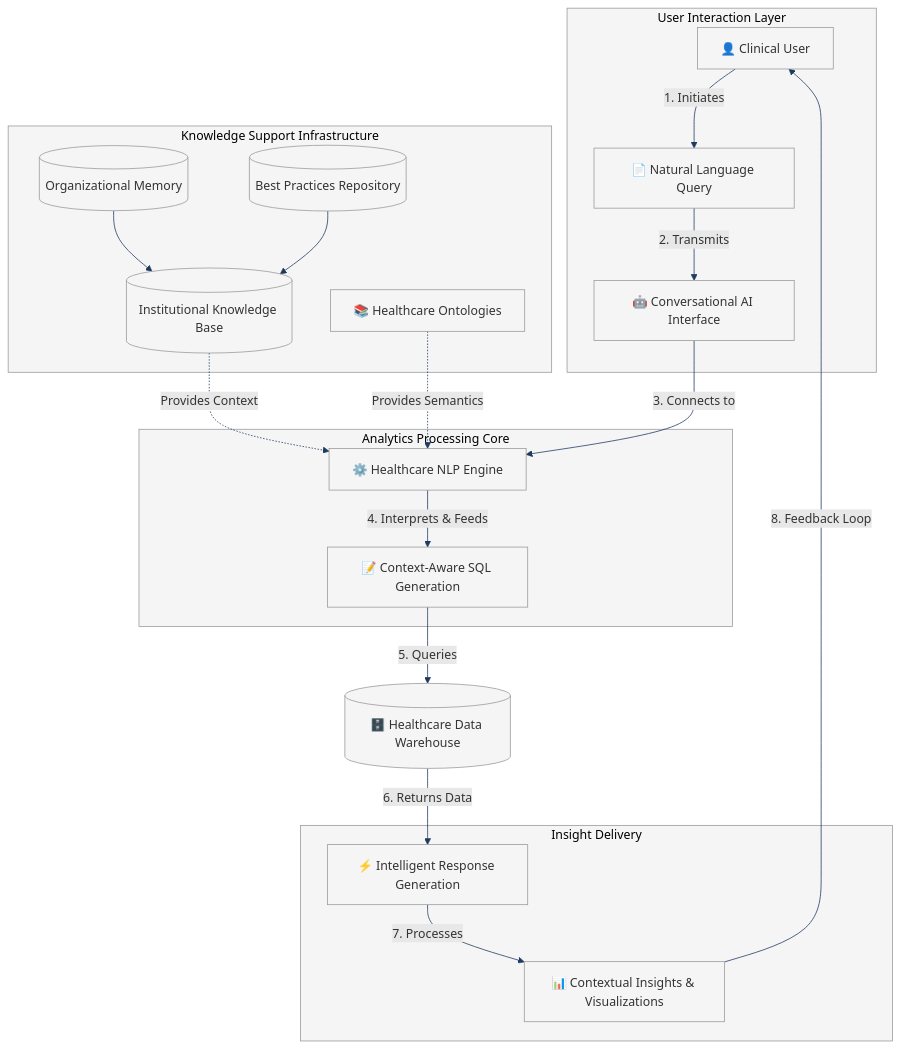
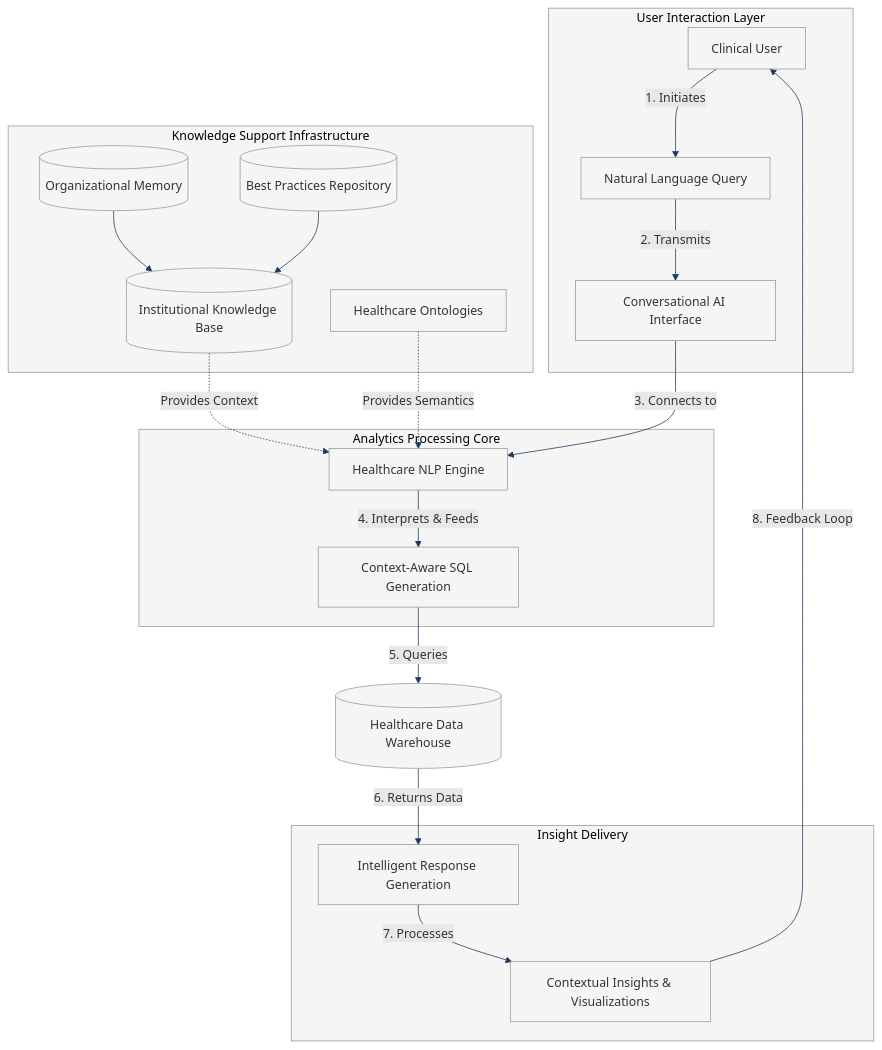
Before and after one commit to stharrold/yuimedi-paper-20250901: the diagram in figures/architecture.mmd, drawn with Mermaid. The commit also changed 7 other files, not shown here.

First line of the commit message:
feat(figures): add architecture diagram outputs

```diff
--- a/figures/architecture.mmd
+++ b/figures/architecture.mmd
@@ -1,41 +1,41 @@
 %%{init: {'theme': 'base', 'themeVariables': { 'primaryColor': '#f5f5f5', 'primaryTextColor': '#333', 'primaryBorderColor': '#999', 'lineColor': '#1E3A5F', 'secondaryColor': '#e8e8e8', 'tertiaryColor': '#fff'}}}%%
 flowchart TD
     %% Healthcare Analytics Architecture
     %% Clinical User queries flowing through AI processing to insights
 
     subgraph UI["User Interaction Layer"]
-        A["👤 Clinical User"] -->|"1. Initiates"| B["📄 Natural Language Query"]
-        B -->|"2. Transmits"| C["🤖 Conversational AI Interface"]
+        A["Clinical User"] -->|"1. Initiates"| B["Natural Language Query"]
+        B -->|"2. Transmits"| C["Conversational AI Interface"]
     end
 
     subgraph Knowledge["Knowledge Support Infrastructure"]
         D[("Organizational Memory")] --> G[("Institutional Knowledge Base")]
         E[("Best Practices Repository")] --> G
-        F["📚 Healthcare Ontologies"]
+        F["Healthcare Ontologies"]
     end
 
     subgraph Engine["Analytics Processing Core"]
-        H["⚙️ Healthcare NLP Engine"] -->|"4. Interprets & Feeds"| I["📝 Context-Aware SQL Generation"]
+        H["Healthcare NLP Engine"] -->|"4. Interprets & Feeds"| I["Context-Aware SQL Generation"]
     end
 
-    J[("🗄️ Healthcare Data Warehouse")]
+    J[("Healthcare Data Warehouse")]
 
     subgraph Output["Insight Delivery"]
-        K["⚡ Intelligent Response Generation"] -->|"7. Processes"| L["📊 Contextual Insights & Visualizations"]
+        K["Intelligent Response Generation"] -->|"7. Processes"| L["Contextual Insights & Visualizations"]
     end
 
     %% Main flow
     C -->|"3. Connects to"| H
     I -->|"5. Queries"| J
     J -->|"6. Returns Data"| K
     L -->|"8. Feedback Loop"| A
 
     %% Knowledge injection (dashed)
     G -.->|"Provides Context"| H
     F -.->|"Provides Semantics"| H
 
     %% Styling
     style UI fill:#f5f5f5,stroke:#999
     style Knowledge fill:#f5f5f5,stroke:#999
     style Engine fill:#f5f5f5,stroke:#999
     style Output fill:#f5f5f5,stroke:#999
```
